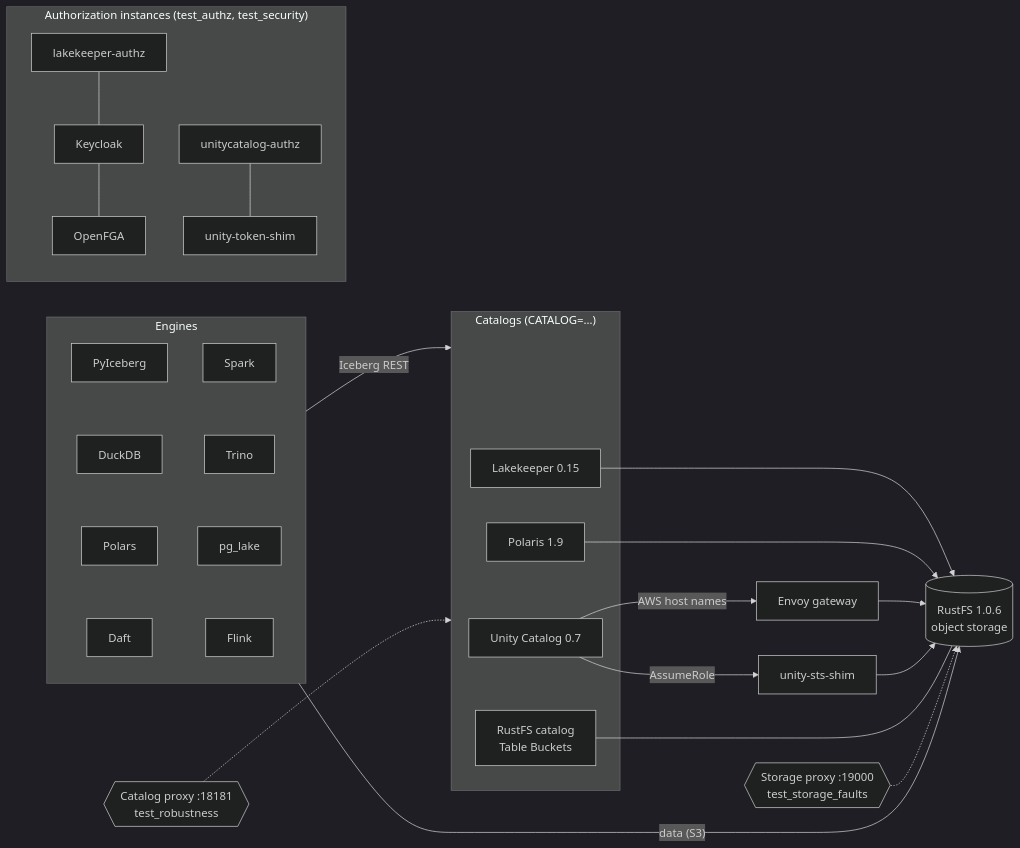
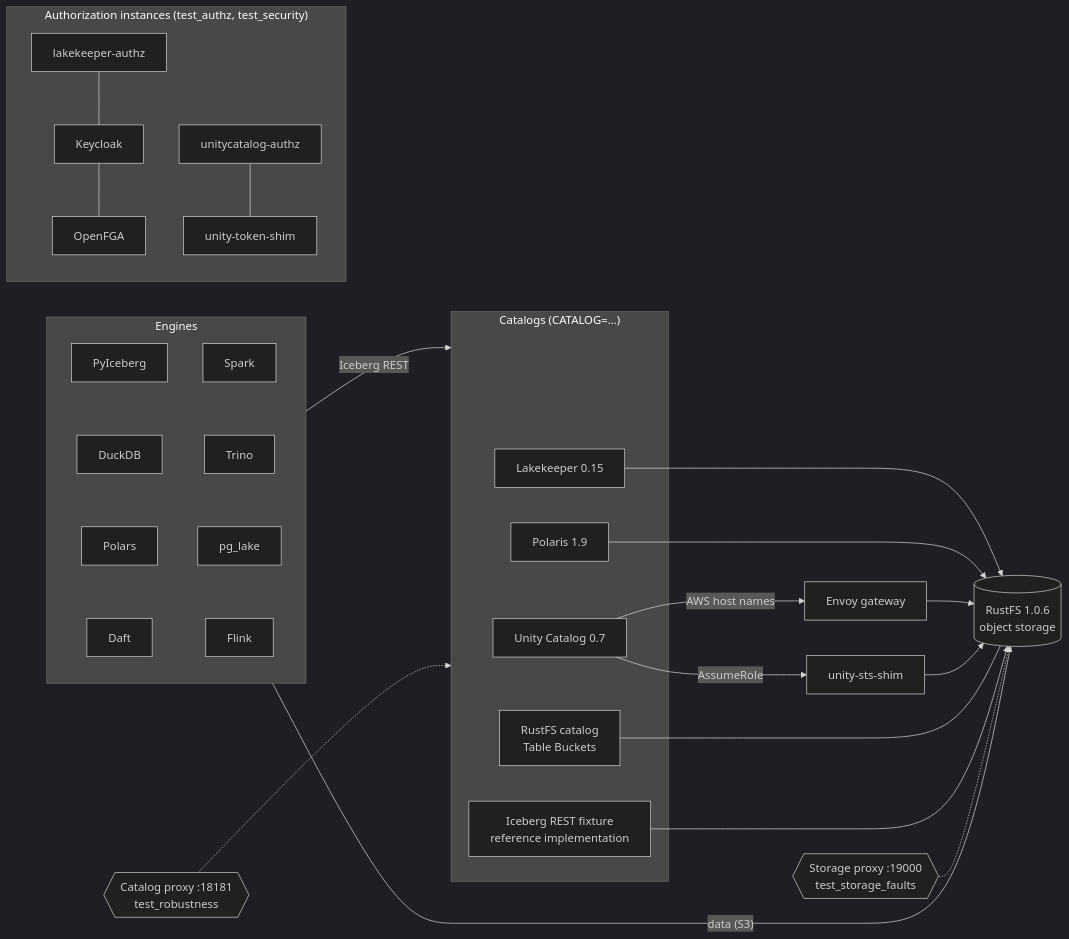
The first of 3 diagrams in README.md (djdtimit/iceberg_lab), drawn with Mermaid (dark theme) before and after one commit. The commit also changed other lines of this file and 103 other files, not shown here.

First line of the commit message:
Add gap register, fifth catalog (Iceberg REST fixture), full runs on all catalogs

````diff
--- a/README.md
+++ b/README.md
@@ -26,25 +27,27 @@
 ```mermaid
 flowchart LR
   subgraph Engines
     PI[PyIceberg] ~~~ DU[DuckDB] ~~~ PO[Polars] ~~~ DA[Daft]
     SP[Spark] ~~~ TR[Trino] ~~~ PG[pg_lake] ~~~ FL[Flink]
   end
   subgraph Catalogs["Catalogs (CATALOG=…)"]
     LK[Lakekeeper 0.15]
     PL[Polaris 1.9]
     UC[Unity Catalog 0.7]
     RC[RustFS catalog<br/>Table Buckets]
+    RF[Iceberg REST fixture<br/>reference implementation]
   end
   subgraph Authz["Authorization instances (test_authz, test_security)"]
     LKA[lakekeeper-authz] --- KC[Keycloak] --- FGA[OpenFGA]
     UCA[unitycatalog-authz] --- TS[unity-token-shim]
   end
   Engines -- "Iceberg REST" --> Catalogs
   Engines -- "data (S3)" --> RS[(RustFS 1.0.6<br/>object storage)]
   LK & PL --> RS
   UC -- "AWS host names" --> GW[Envoy gateway] --> RS
   UC -- "AssumeRole" --> STS[unity-sts-shim] --> RS
   RC --- RS
+  RF --> RS
   CP{{Catalog proxy :18181<br/>test_robustness}} -.-> Catalogs
   SPX{{Storage proxy :19000<br/>test_storage_faults}} -.-> RS
 ```
````
